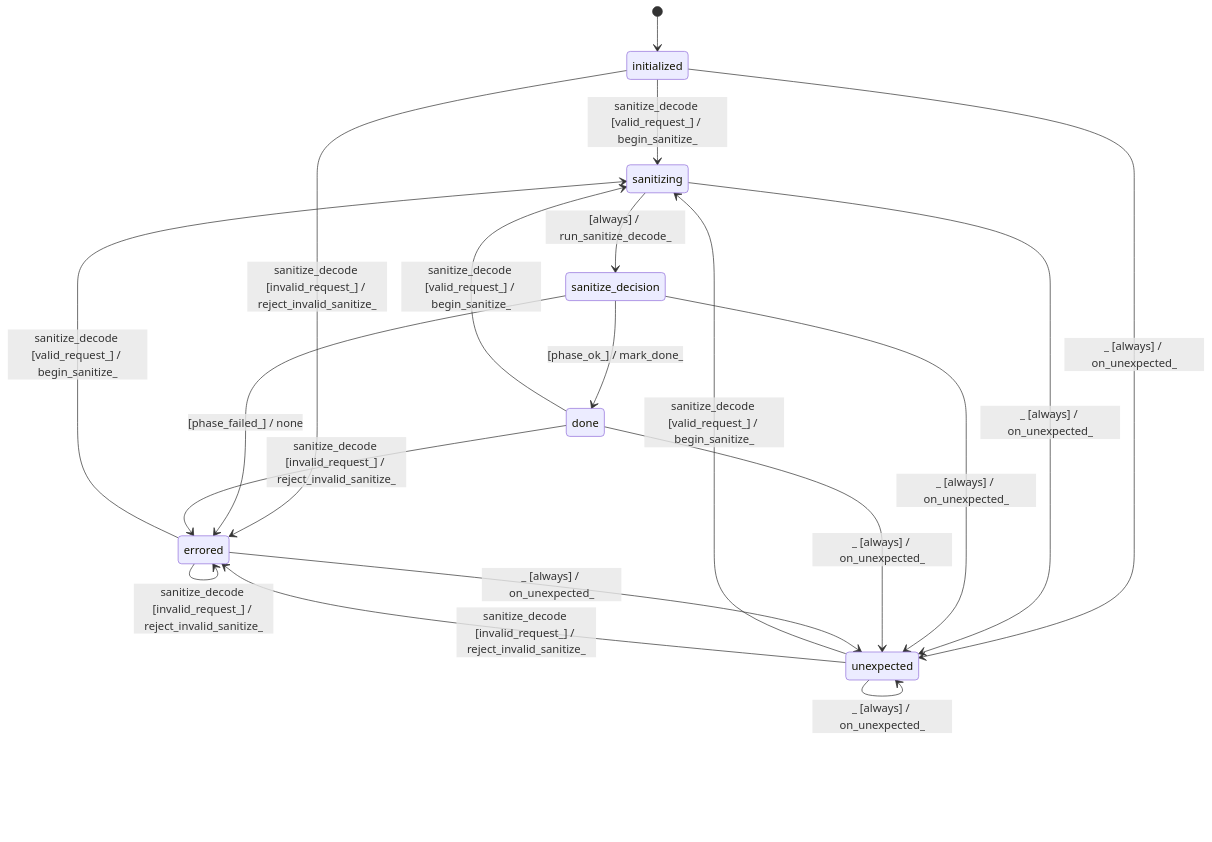
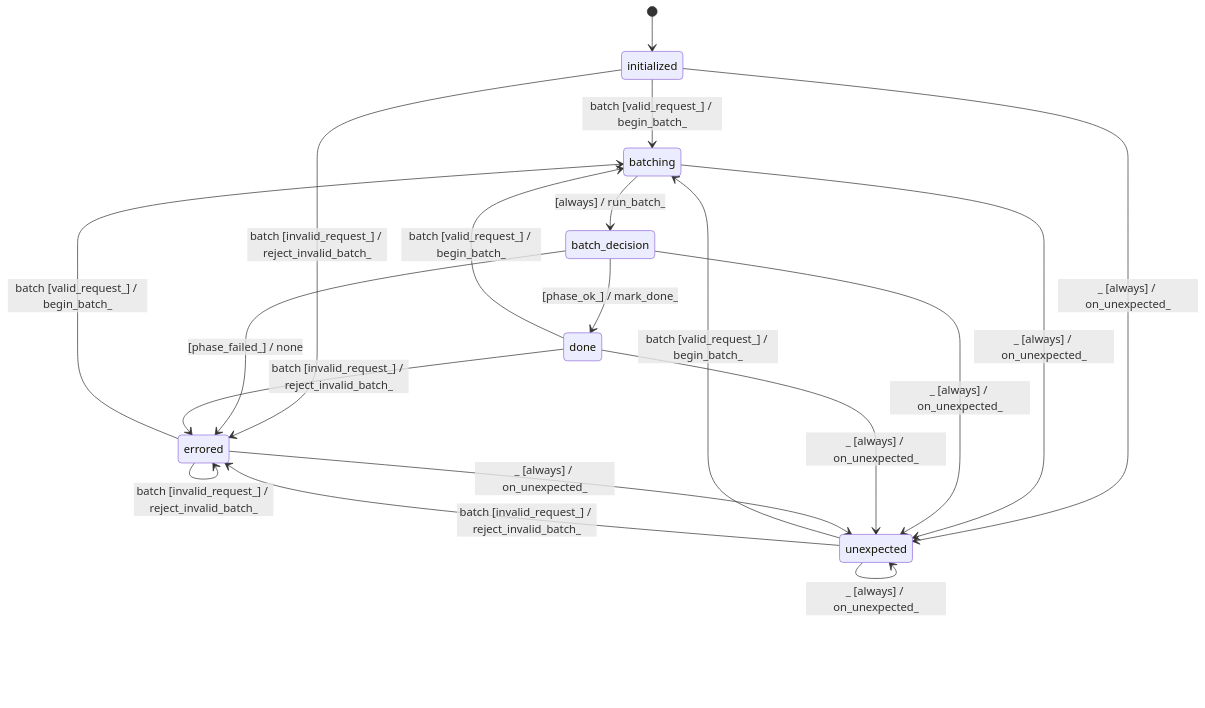
The diagram in docs/architecture/token_batcher.md (stateforward/emel.cpp), drawn with Mermaid before and after one commit. The commit also changed other lines of this file and 93 other files, not shown here.

````diff
--- a/docs/architecture/token_batcher.md
+++ b/docs/architecture/token_batcher.md
@@ -7,22 +7,22 @@
 ```mermaid
 stateDiagram-v2
   direction TB
   [*] --> initialized
-  initialized --> sanitizing : sanitize_decode [valid_request_] / begin_sanitize_
-  initialized --> errored : sanitize_decode [invalid_request_] / reject_invalid_sanitize_
-  sanitizing --> sanitize_decision : [always] / run_sanitize_decode_
-  sanitize_decision --> errored : [phase_failed_] / none
-  sanitize_decision --> done : [phase_ok_] / mark_done_
-  done --> sanitizing : sanitize_decode [valid_request_] / begin_sanitize_
-  done --> errored : sanitize_decode [invalid_request_] / reject_invalid_sanitize_
-  errored --> sanitizing : sanitize_decode [valid_request_] / begin_sanitize_
-  errored --> errored : sanitize_decode [invalid_request_] / reject_invalid_sanitize_
-  unexpected --> sanitizing : sanitize_decode [valid_request_] / begin_sanitize_
-  unexpected --> errored : sanitize_decode [invalid_request_] / reject_invalid_sanitize_
+  initialized --> batching : batch [valid_request_] / begin_batch_
+  initialized --> errored : batch [invalid_request_] / reject_invalid_batch_
+  batching --> batch_decision : [always] / run_batch_
+  batch_decision --> errored : [phase_failed_] / none
+  batch_decision --> done : [phase_ok_] / mark_done_
+  done --> batching : batch [valid_request_] / begin_batch_
+  done --> errored : batch [invalid_request_] / reject_invalid_batch_
+  errored --> batching : batch [valid_request_] / begin_batch_
+  errored --> errored : batch [invalid_request_] / reject_invalid_batch_
+  unexpected --> batching : batch [valid_request_] / begin_batch_
+  unexpected --> errored : batch [invalid_request_] / reject_invalid_batch_
   initialized --> unexpected : _ [always] / on_unexpected_
-  sanitizing --> unexpected : _ [always] / on_unexpected_
-  sanitize_decision --> unexpected : _ [always] / on_unexpected_
+  batching --> unexpected : _ [always] / on_unexpected_
+  batch_decision --> unexpected : _ [always] / on_unexpected_
   done --> unexpected : _ [always] / on_unexpected_
   errored --> unexpected : _ [always] / on_unexpected_
   unexpected --> unexpected : _ [always] / on_unexpected_
 ```
````
